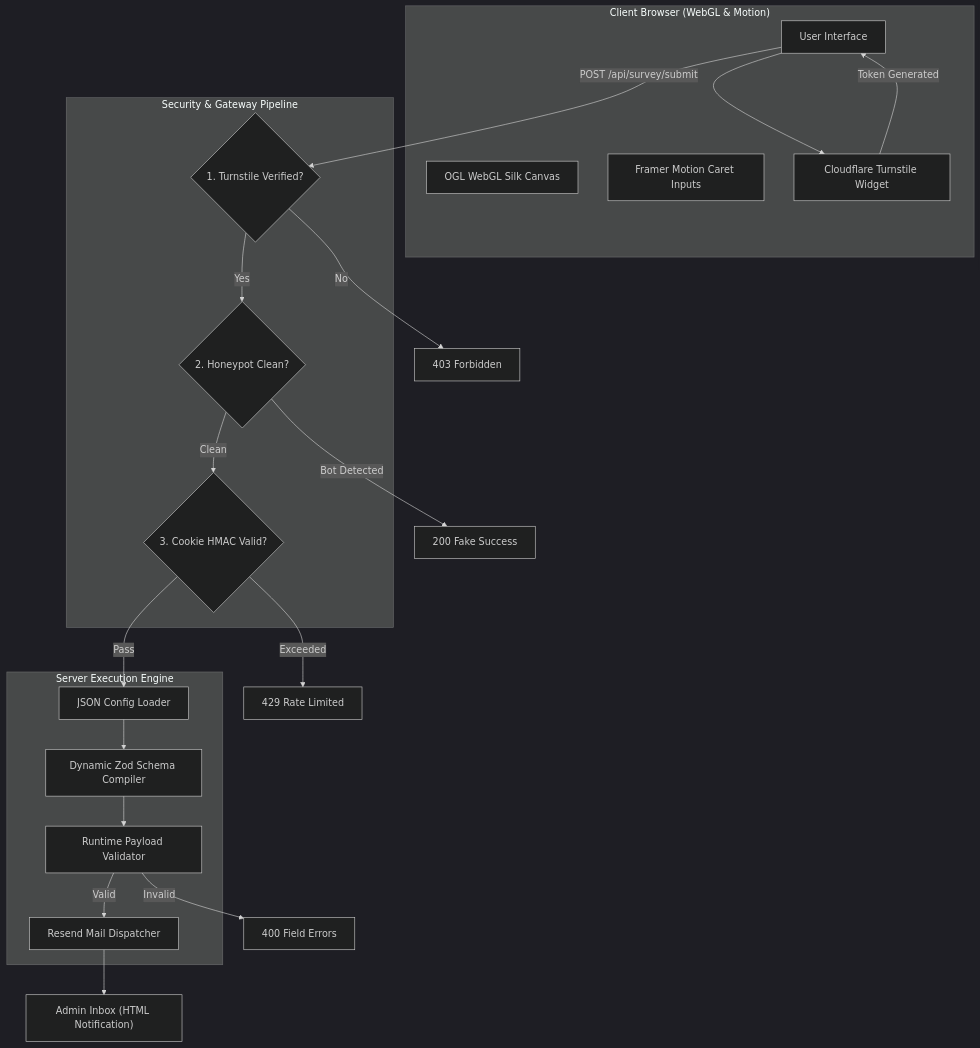
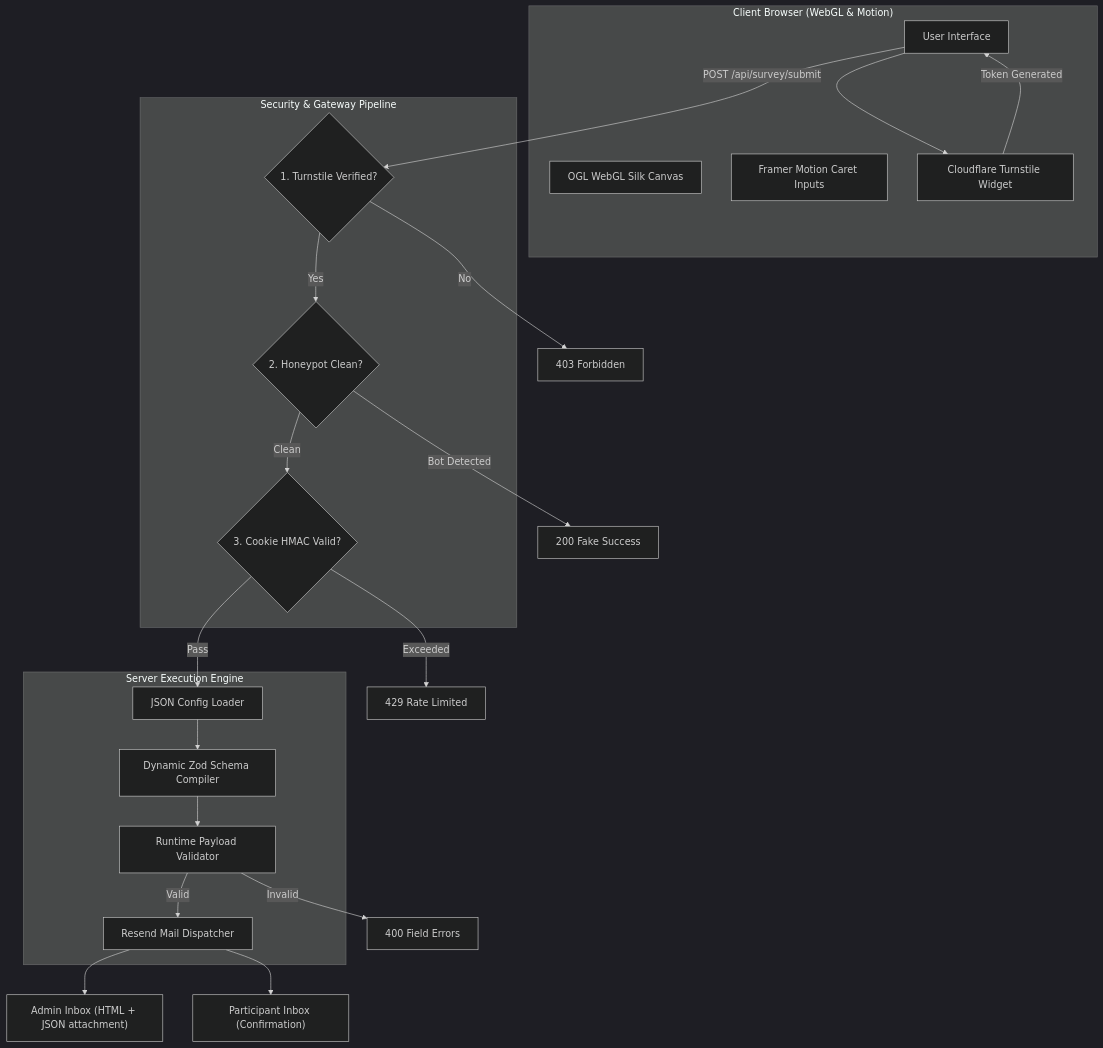
The first of 2 diagrams in README.md (Woffluon/Customer-Survey-System), drawn with Mermaid (dark theme) before and after one commit. The commit also changed other lines of this file, not shown here.

Commit message:
docs: document dual email delivery and JSON exports

````diff
--- a/README.md
+++ b/README.md
@@ -15,41 +15,42 @@
 ```mermaid
 flowchart TD
     subgraph Client["Client Browser (WebGL & Motion)"]
         UI["User Interface"]
         Shader["OGL WebGL Silk Canvas"]
         Inputs["Framer Motion Caret Inputs"]
         TurnstileWidget["Cloudflare Turnstile Widget"]
     end
 
     subgraph SecurityLayer["Security & Gateway Pipeline"]
         TurnstileCheck{"1. Turnstile Verified?"}
         HoneypotCheck{"2. Honeypot Clean?"}
         RateLimitCheck{"3. Cookie HMAC Valid?"}
     end
 
     subgraph CoreEngine["Server Execution Engine"]
         JSONParser["JSON Config Loader"]
         ZodCompiler["Dynamic Zod Schema Compiler"]
         FormValidator["Runtime Payload Validator"]
         Mailer["Resend Mail Dispatcher"]
     end
 
     UI --> TurnstileWidget
     TurnstileWidget -- Token Generated --> UI
     UI -- "POST /api/survey/submit" --> TurnstileCheck
 
     TurnstileCheck -- No --> Reject403["403 Forbidden"]
     TurnstileCheck -- Yes --> HoneypotCheck
 
     HoneypotCheck -- Bot Detected --> SilentSuccess["200 Fake Success"]
     HoneypotCheck -- Clean --> RateLimitCheck
 
     RateLimitCheck -- Exceeded --> Reject429["429 Rate Limited"]
     RateLimitCheck -- Pass --> JSONParser
 
     JSONParser --> ZodCompiler
     ZodCompiler --> FormValidator
     FormValidator -- Invalid --> Reject400["400 Field Errors"]
     FormValidator -- Valid --> Mailer
-    Mailer --> AdminEmail["Admin Inbox (HTML Notification)"]
+    Mailer --> AdminEmail["Admin Inbox (HTML + JSON attachment)"]
+    Mailer --> ParticipantEmail["Participant Inbox (Confirmation)"]
 ```
````
